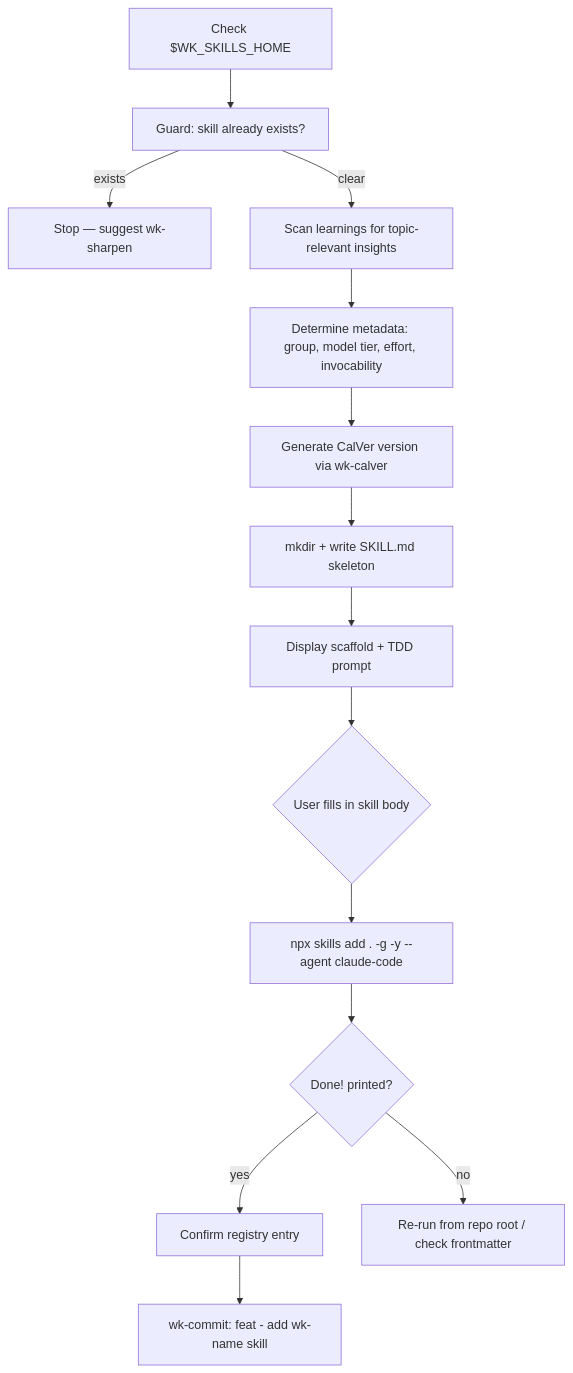
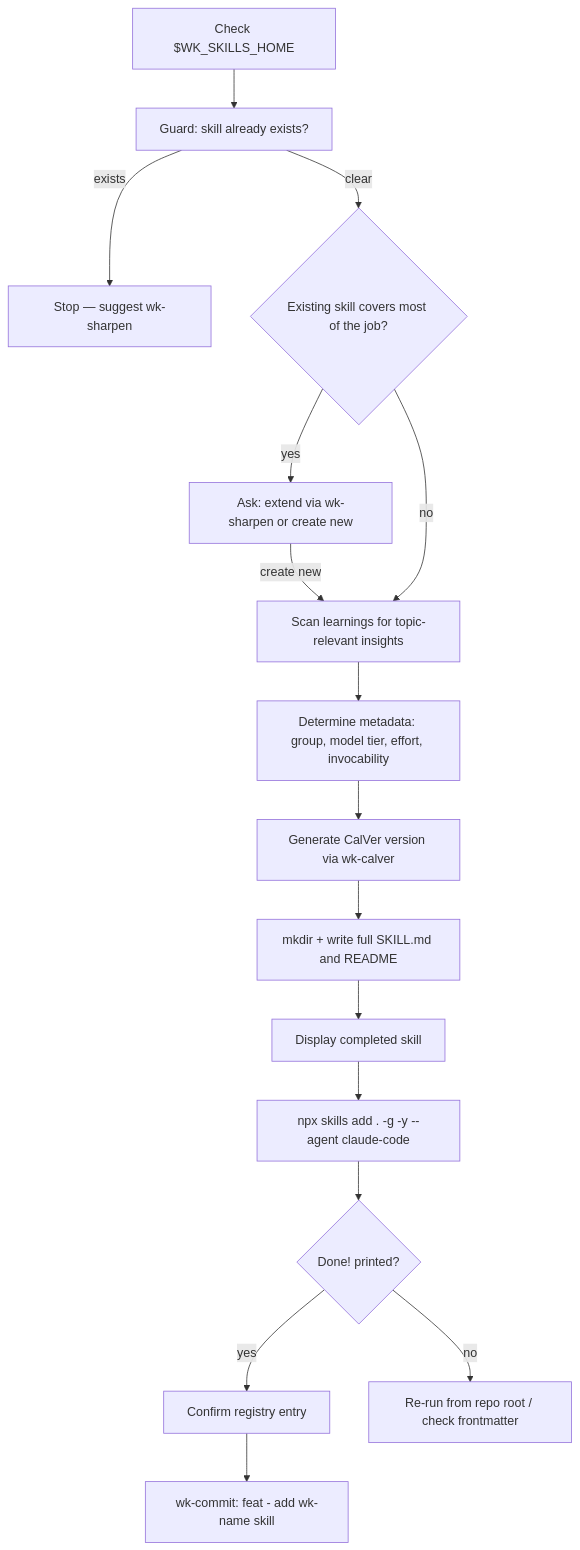
Before and after one commit to whizzzkid/skills: the diagram in skills/skill/README.md, drawn with Mermaid. The commit also changed other lines of this file and 3 other files, not shown here.

First line of the commit message:
feat(skill): 🛡️ check for an existing skill with overlapping capability before scaffolding

````diff
--- a/skills/skill/README.md
+++ b/skills/skill/README.md
@@ -16,19 +16,21 @@
 ```mermaid
 flowchart TD
     A[Check $WK_SKILLS_HOME] --> B[Guard: skill already exists?]
     B -->|exists| Z[Stop — suggest wk-sharpen]
-    B -->|clear| C[Scan learnings for topic-relevant insights]
+    B -->|clear| O{Existing skill covers most of the job?}
+    O -->|yes| Q[Ask: extend via wk-sharpen or create new]
+    Q -->|create new| C
+    O -->|no| C[Scan learnings for topic-relevant insights]
     C --> D[Determine metadata: group, model tier, effort, invocability]
     D --> E[Generate CalVer version via wk-calver]
-    E --> F[mkdir + write SKILL.md skeleton]
-    F --> G[Display scaffold + TDD prompt]
-    G --> H{User fills in skill body}
-    H --> I[npx skills add . -g -y --agent claude-code]
+    E --> F[mkdir + write full SKILL.md and README]
+    F --> G[Display completed skill]
+    G --> I[npx skills add . -g -y --agent claude-code]
     I --> J{Done! printed?}
     J -->|yes| K[Confirm registry entry]
     J -->|no| L[Re-run from repo root / check frontmatter]
     K --> M[wk-commit: feat - add wk-name skill]
     click Z href "https://github.com/whizzzkid/skills/blob/main/skills/sharpen/README.md" _blank
     click E href "https://github.com/whizzzkid/skills/blob/main/skills/calver/README.md" _blank
     click M href "https://github.com/whizzzkid/skills/blob/main/skills/commit/README.md" _blank
 ```
````
